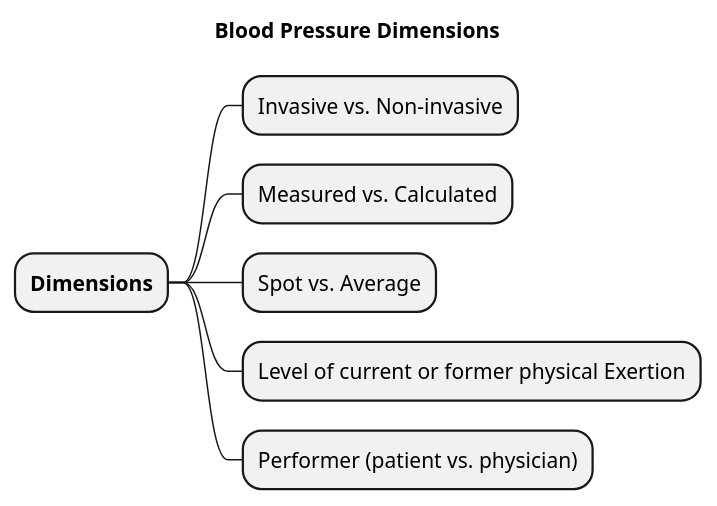
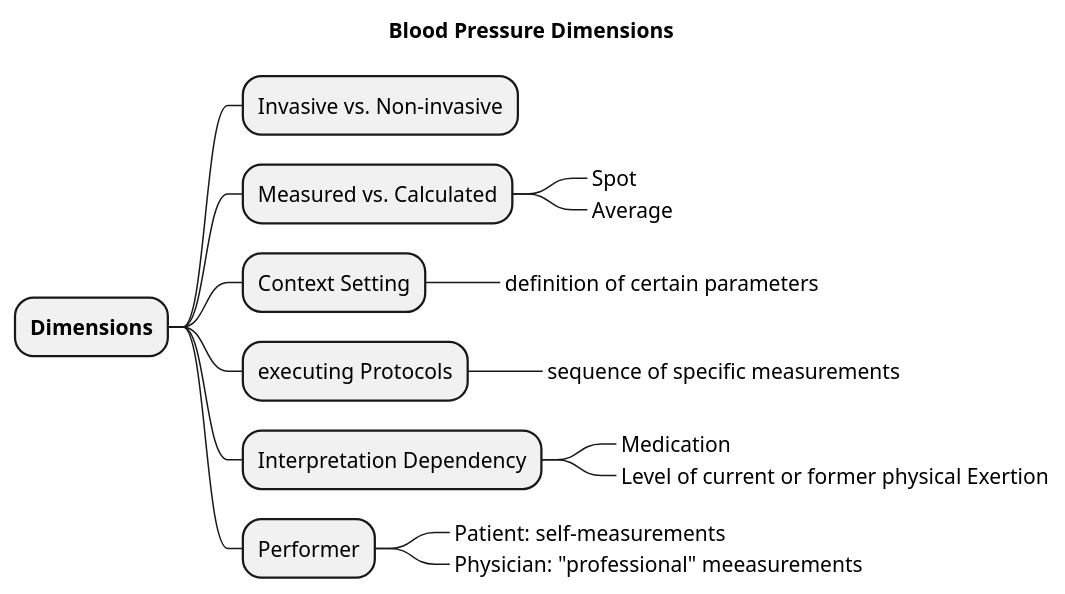
The diagram in input/images-source/bloodpressure_dimensions.plantuml (frankoemig/bloodpressure), drawn with PlantUML before and after one commit. The commit also changed 6 other files, not shown here.

```diff
--- a/input/images-source/bloodpressure_dimensions.plantuml
+++ b/input/images-source/bloodpressure_dimensions.plantuml
@@ -1,15 +1,24 @@
 @startmindmap
 
 'skinparam svgDimensionStyle false
 
 title Blood Pressure Dimensions
 
 + **Dimensions**
 
 ++ Invasive vs. Non-invasive
 ++ Measured vs. Calculated
-++ Spot vs. Average
-++ Level of current or former physical Exertion
-++ Performer (patient vs. physician)
++++_ Spot
++++_ Average
+++ Context Setting
++++_ definition of certain parameters
+++ executing Protocols
++++_ sequence of specific measurements
+++ Interpretation Dependency
++++_ Medication
++++_ Level of current or former physical Exertion
+++ Performer
++++_ Patient: self-measurements
++++_ Physician: "professional" meeasurements
 
 @endmindmap
```
